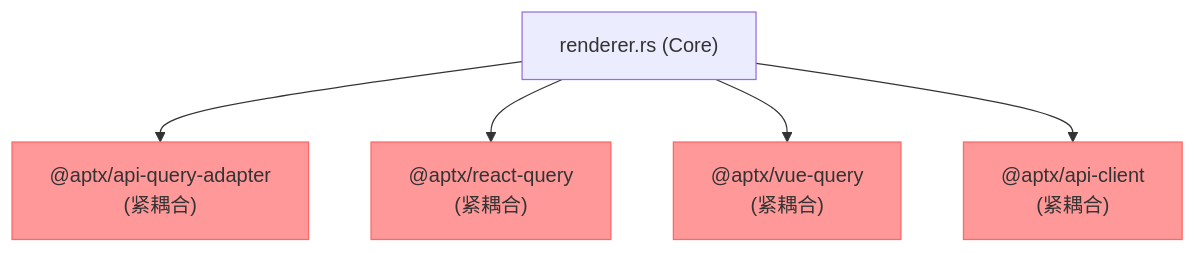
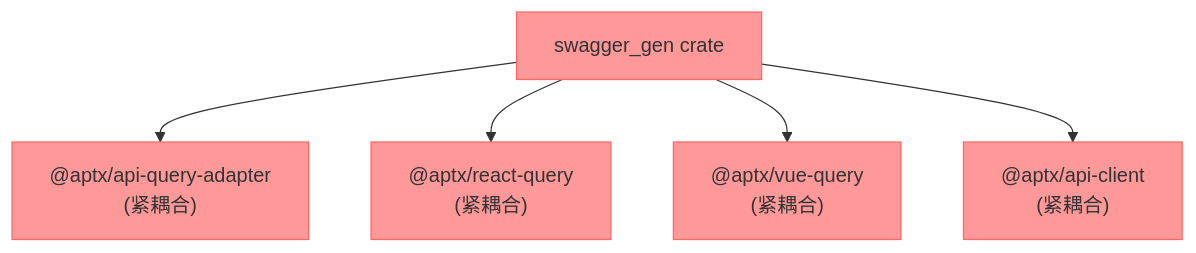
The first of 7 diagrams in docs/architecture-migration.md (HaibaraAiAPTX/frontend_tk_rs), drawn with Mermaid before and after one commit. The commit also changed other lines of this file and 71 other files, not shown here.

````diff
--- a/docs/architecture-migration.md
+++ b/docs/architecture-migration.md
@@ -57,13 +54,14 @@
 ```mermaid
 graph TD
-    A["renderer.rs (Core)"]
+    A["swagger_gen crate"]
     A --> B["@aptx/api-query-adapter<br/>(紧耦合)"]
     A --> C["@aptx/react-query<br/>(紧耦合)"]
     A --> D["@aptx/vue-query<br/>(紧耦合)"]
     A --> E["@aptx/api-client<br/>(紧耦合)"]
 
+    style A fill:#f99,stroke:#f66
     style B fill:#f99,stroke:#f66
     style C fill:#f99,stroke:#f66
     style D fill:#f99,stroke:#f66
     style E fill:#f99,stroke:#f66
 ```
````
